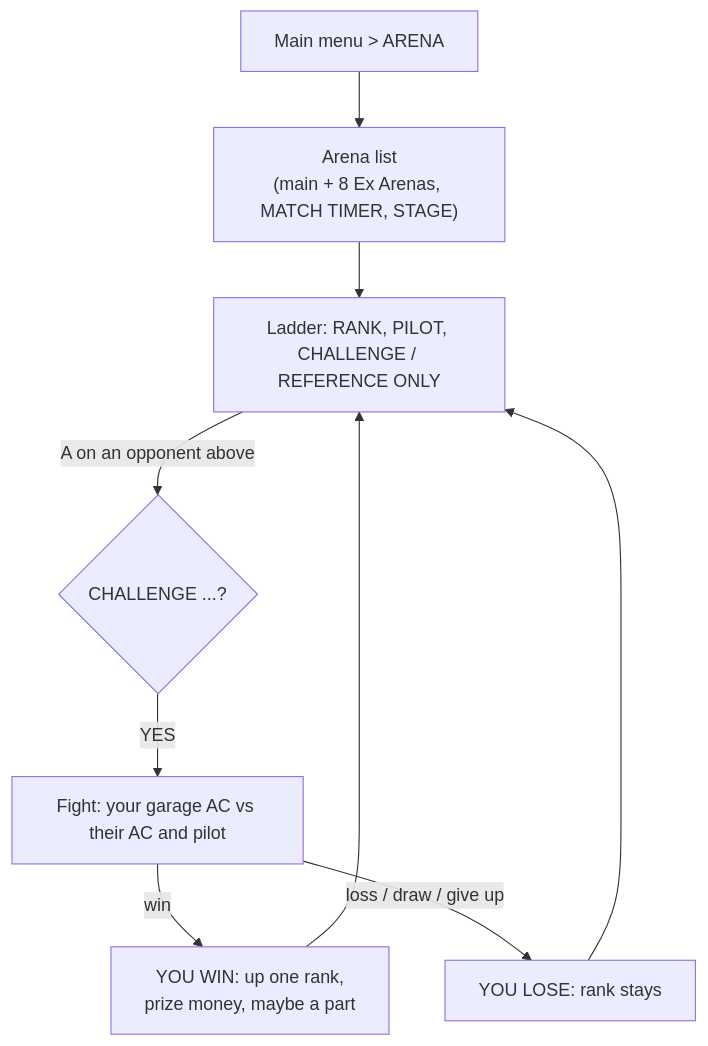
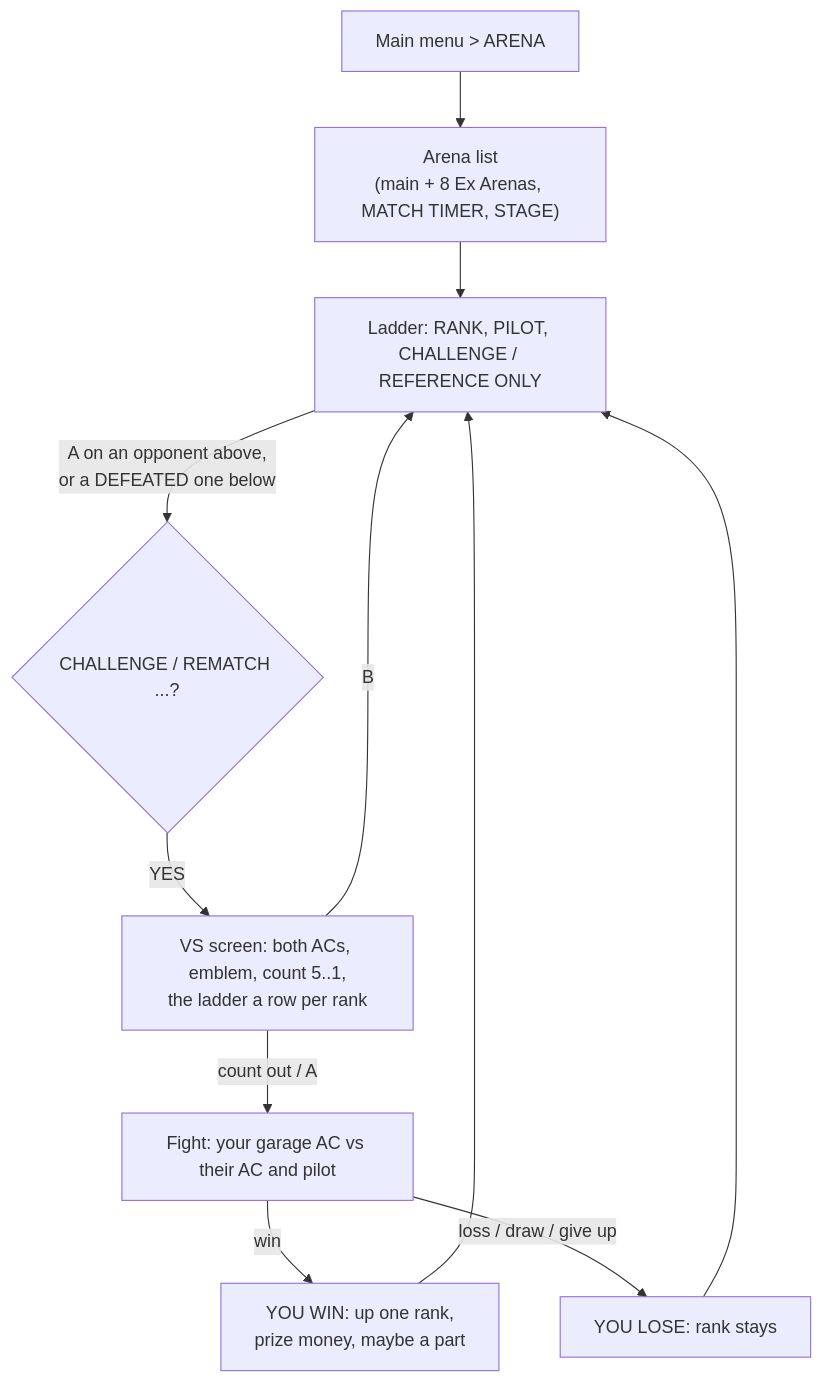
One commit to Hatdagger/Armored-CoreR changed the diagram in docs/ARENA.md. Above: the diagram before and after it, drawn with Mermaid. The commit also changed other lines of this file and 11 other files, not shown here.

First line of the commit message:
Arena: VS screen with the ladder, opponent emblems, rematches

````diff
--- a/docs/ARENA.md
+++ b/docs/ARENA.md
@@ -16,11 +16,13 @@
 ```mermaid
 flowchart TD
     M["Main menu > ARENA"] --> L["Arena list<br/>(main + 8 Ex Arenas, MATCH TIMER, STAGE)"]
     L --> R["Ladder: RANK, PILOT, CHALLENGE / REFERENCE ONLY"]
-    R -- "A on an opponent above" --> Q{"CHALLENGE ...?"}
-    Q -- YES --> F["Fight: your garage AC vs their AC and pilot"]
+    R -- "A on an opponent above,<br/>or a DEFEATED one below" --> Q{"CHALLENGE / REMATCH ...?"}
+    Q -- YES --> V["VS screen: both ACs, emblem, count 5..1,<br/>the ladder a row per rank"]
+    V -- "count out / A" --> F["Fight: your garage AC vs their AC and pilot"]
+    V -- B --> R
     F -- win --> W["YOU WIN: up one rank,<br/>prize money, maybe a part"]
     F -- "loss / draw / give up" --> X["YOU LOSE: rank stays"]
     W --> R
     X --> R
 ```
````
